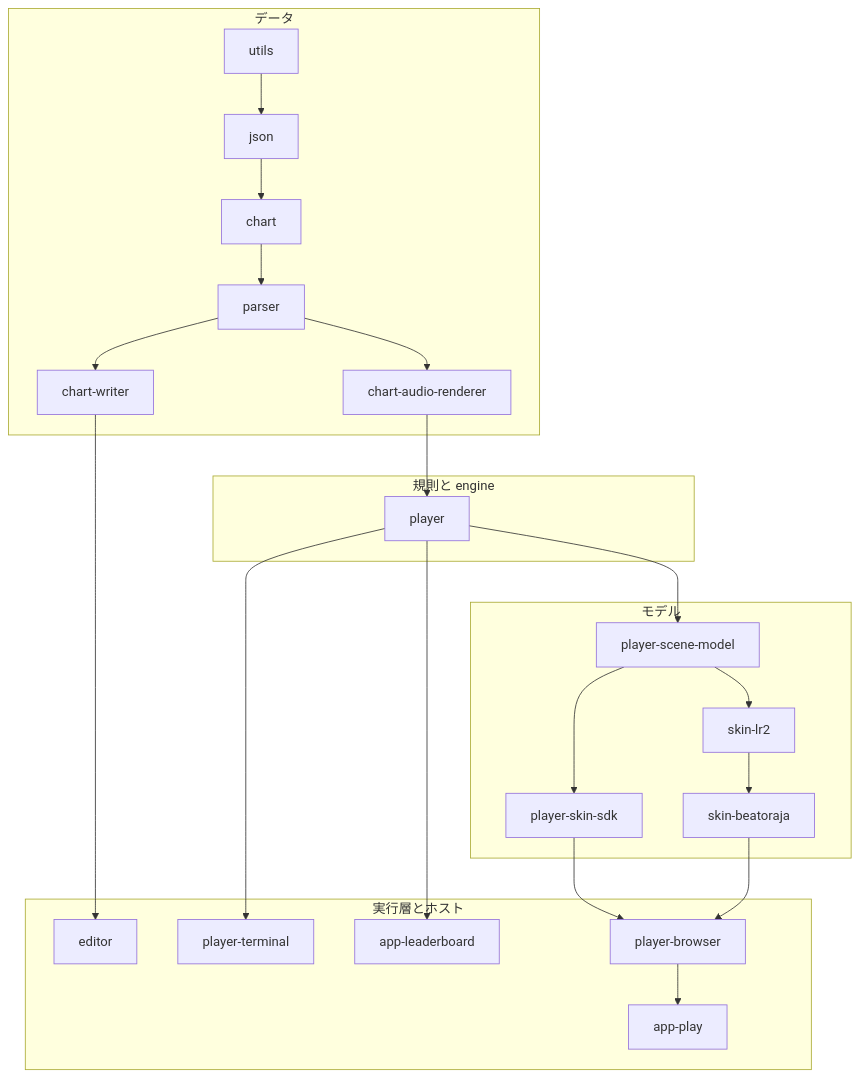
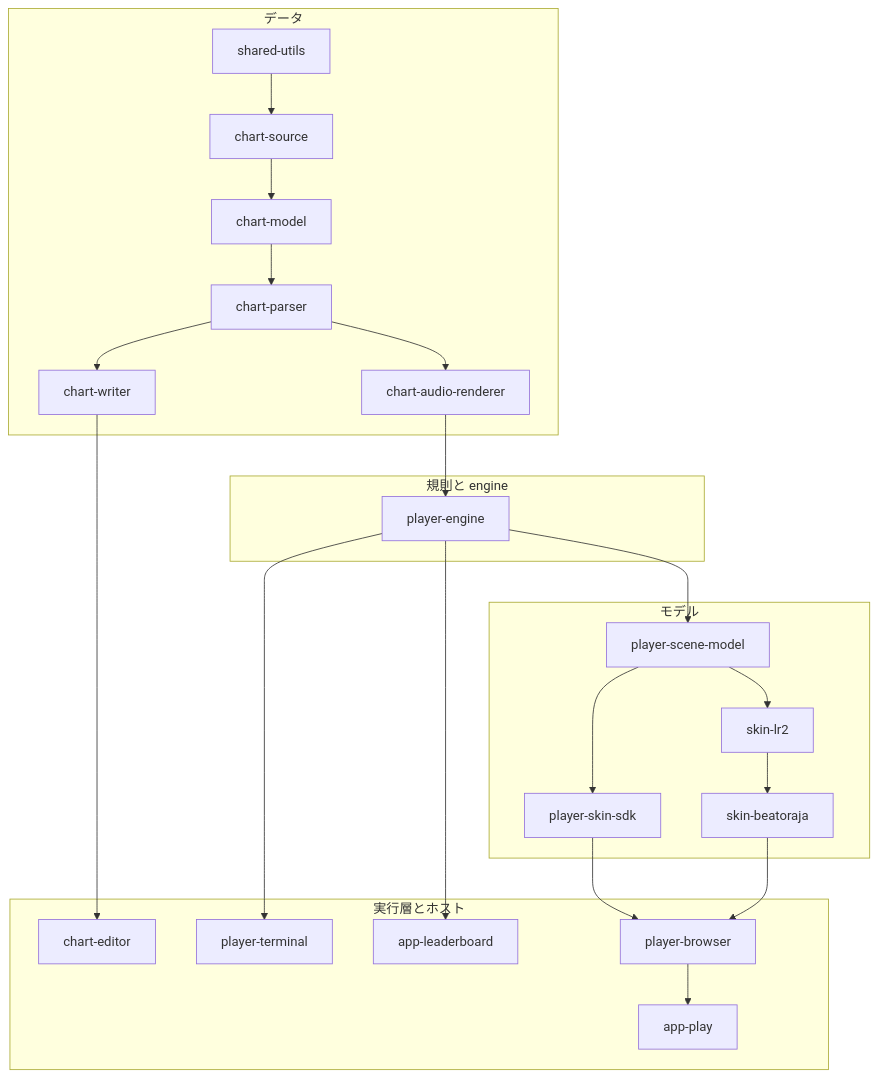
The first of 2 diagrams in README.ja.md (nulltask/be-music), drawn with Mermaid before and after one commit. The commit also changed other lines of this file and 31 other files, not shown here.

Commit message:
docs: align package labels and diagrams with renamed packages [ci skip]

````diff
--- a/README.ja.md
+++ b/README.ja.md
@@ -30,35 +30,35 @@
 ```mermaid
 flowchart TD
   subgraph data["データ"]
-    utils["utils"] --> json["json"] --> chart["chart"] --> parser["parser"]
-    parser --> stringifier["chart-writer"]
+    utils["shared-utils"] --> json["chart-source"] --> chart["chart-model"] --> parser["chart-parser"]
+    parser --> chart-writer["chart-writer"]
     parser --> renderer["chart-audio-renderer"]
   end
   subgraph rules["規則と engine"]
-    player["player"]
+    player["player-engine"]
   end
   subgraph models["モデル"]
     scene["player-scene-model"]
     sdk["player-skin-sdk"]
     lr2["skin-lr2"]
     beatoraja["skin-beatoraja"]
   end
   subgraph hosts["実行層とホスト"]
-    editor["editor"]
+    editor["chart-editor"]
     tui["player-terminal"]
     lb["app-leaderboard"]
     web["player-browser"]
     demo["app-play"]
   end
 
-  stringifier --> editor
+  chart-writer --> editor
   renderer --> player
   player --> scene
   player --> tui
   player --> lb
   scene --> sdk
   scene --> lr2 --> beatoraja
   sdk --> web
   beatoraja --> web
   web --> demo
 ```
````
